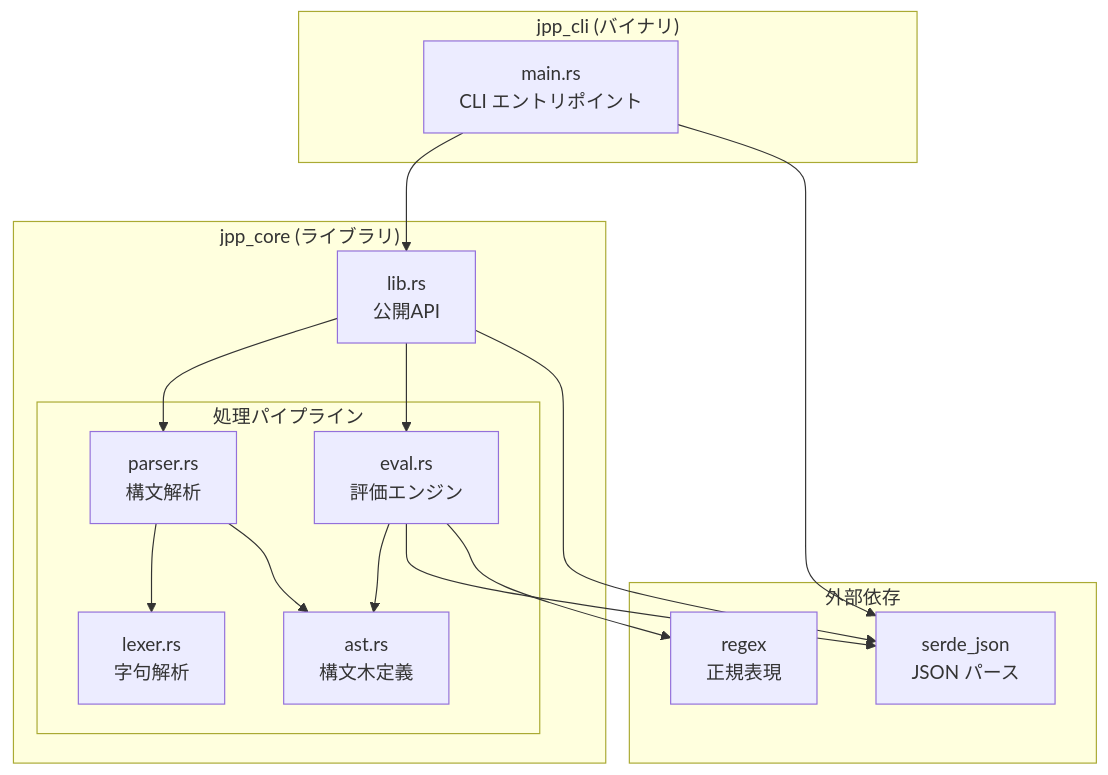
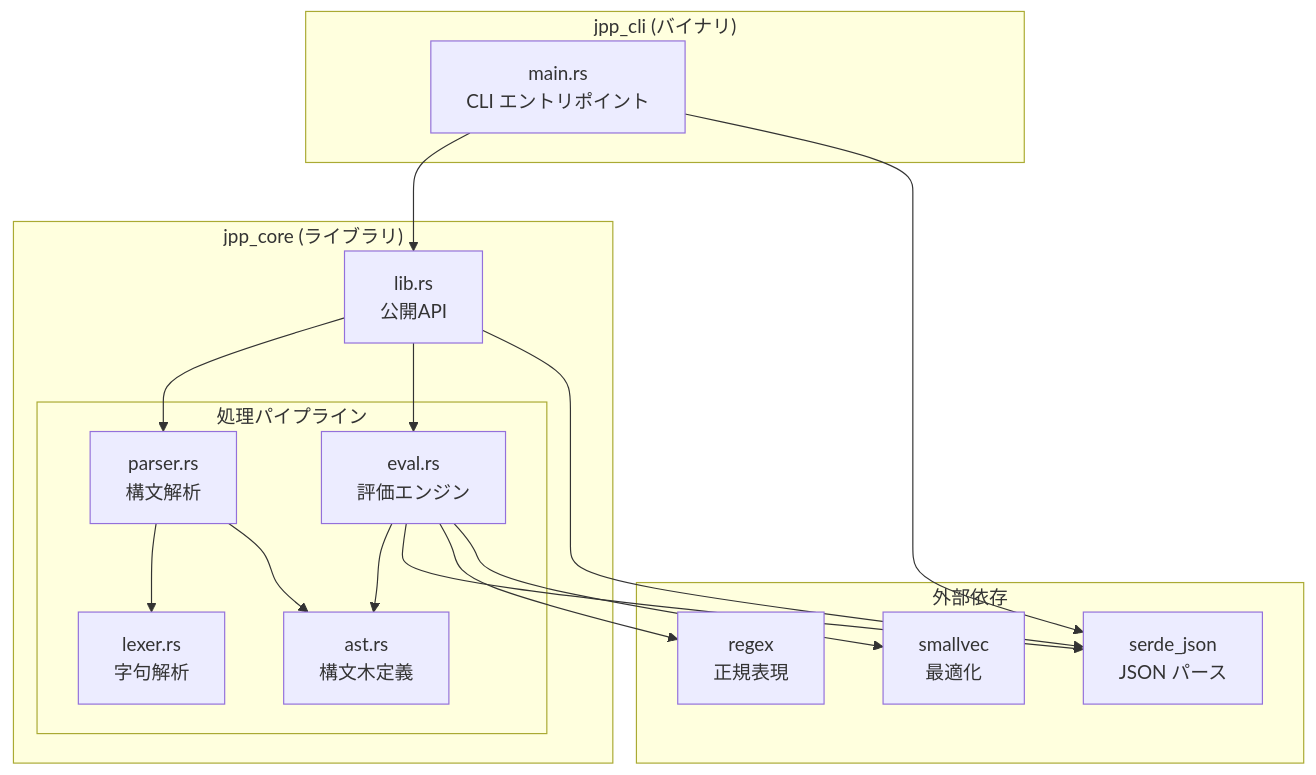
The first of 10 diagrams in docs/architecture.md (1gy/jpp), drawn with Mermaid before and after one commit. The commit also changed other lines of this file, not shown here.

First line of the commit message:
docs: update architecture.md to reflect current codebase

````diff
--- a/docs/architecture.md
+++ b/docs/architecture.md
@@ -19,33 +19,35 @@
 ```mermaid
 graph TB
     subgraph "jpp_cli (バイナリ)"
         CLI[main.rs<br/>CLI エントリポイント]
     end
 
     subgraph "jpp_core (ライブラリ)"
         LIB[lib.rs<br/>公開API]
 
         subgraph "処理パイプライン"
             LEX[lexer.rs<br/>字句解析]
             PAR[parser.rs<br/>構文解析]
             AST[ast.rs<br/>構文木定義]
             EVA[eval.rs<br/>評価エンジン]
         end
     end
 
     subgraph "外部依存"
         SJ[serde_json<br/>JSON パース]
         RE[regex<br/>正規表現]
+        SV[smallvec<br/>最適化]
     end
 
     CLI --> LIB
     LIB --> PAR
     PAR --> LEX
     PAR --> AST
     LIB --> EVA
     EVA --> AST
     EVA --> SJ
     EVA --> RE
+    EVA --> SV
     CLI --> SJ
     LIB --> SJ
 ```
````
